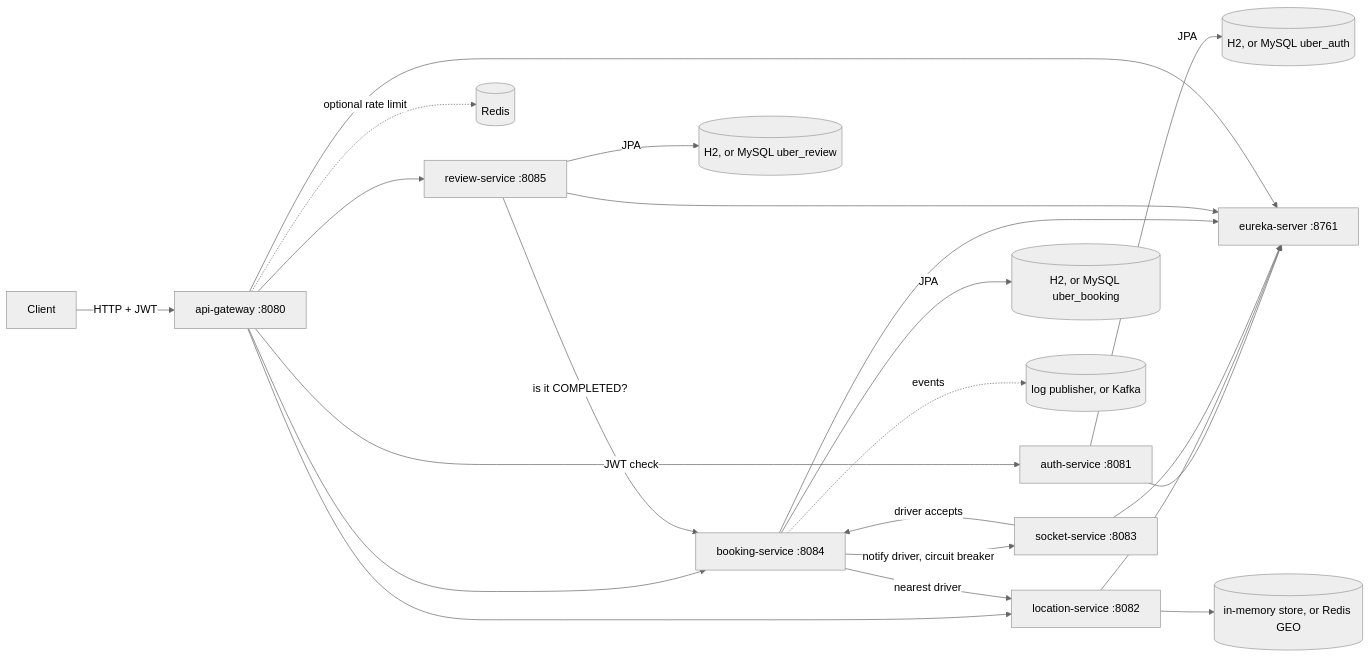
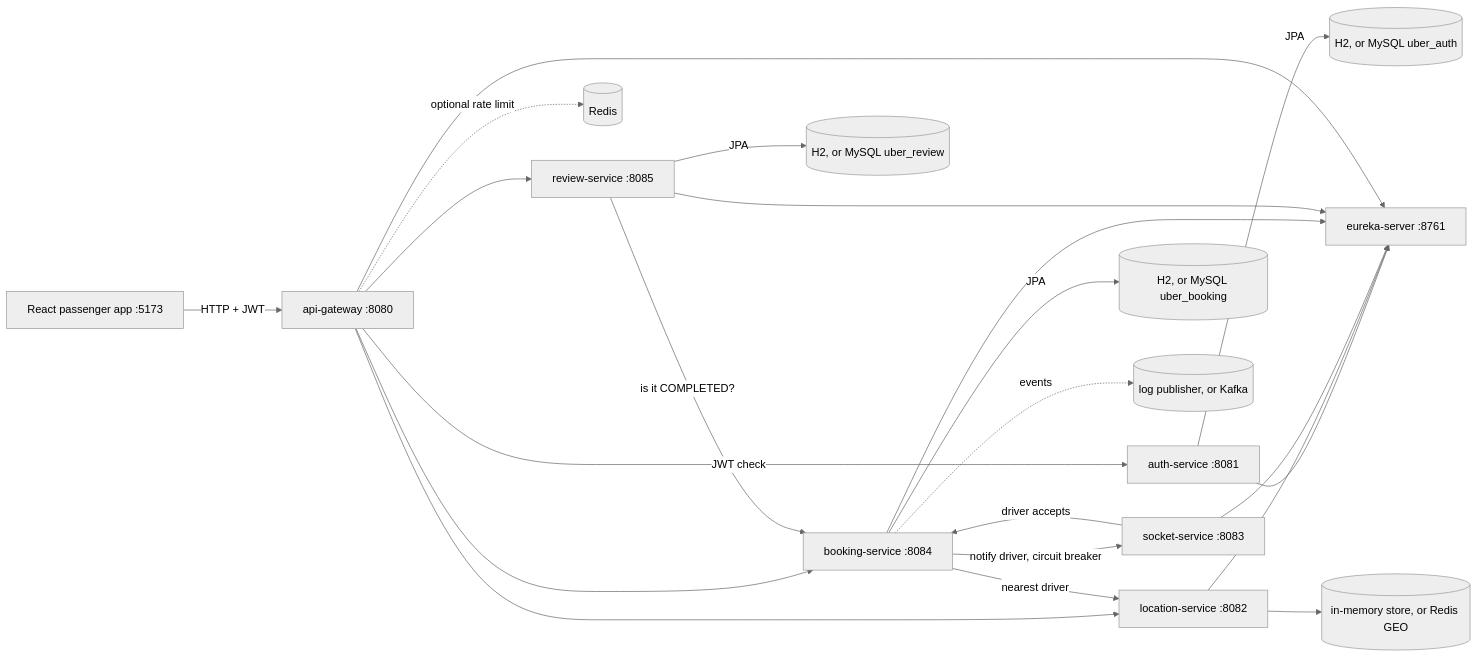
The first of 6 diagrams in docs/HLD.md (piyush932/uber-ride-platform), drawn with Mermaid (neutral theme) before and after one commit. The commit also changed other lines of this file and 2 other files, not shown here.

Commit message:
Phase 8 docs: gateway CORS for the frontend, README and HLD updates

````diff
--- a/docs/HLD.md
+++ b/docs/HLD.md
@@ -11,24 +11,24 @@
 ```mermaid
 flowchart LR
-    C[Client] -->|HTTP + JWT| GW[api-gateway :8080]
+    UI[React passenger app :5173] -->|HTTP + JWT| GW[api-gateway :8080]
     GW -->|JWT check| A[auth-service :8081]
     GW --> B[booking-service :8084]
     GW --> L[location-service :8082]
     GW --> R[review-service :8085]
     B -->|nearest driver| L
     B -->|notify driver, circuit breaker| S[socket-service :8083]
     S -->|driver accepts| B
     R -->|is it COMPLETED?| B
     A --> E[eureka-server :8761]
     L --> E
     S --> E
     B --> E
     R --> E
     GW --> E
     A -->|JPA| M[(H2, or MySQL uber_auth)]
     B -->|JPA| M2[(H2, or MySQL uber_booking)]
     R -->|JPA| M3[(H2, or MySQL uber_review)]
     L --> ST[(in-memory store, or Redis GEO)]
     GW -. optional rate limit .-> RD[(Redis)]
     B -. events .-> EV[(log publisher, or Kafka)]
 ```
````
